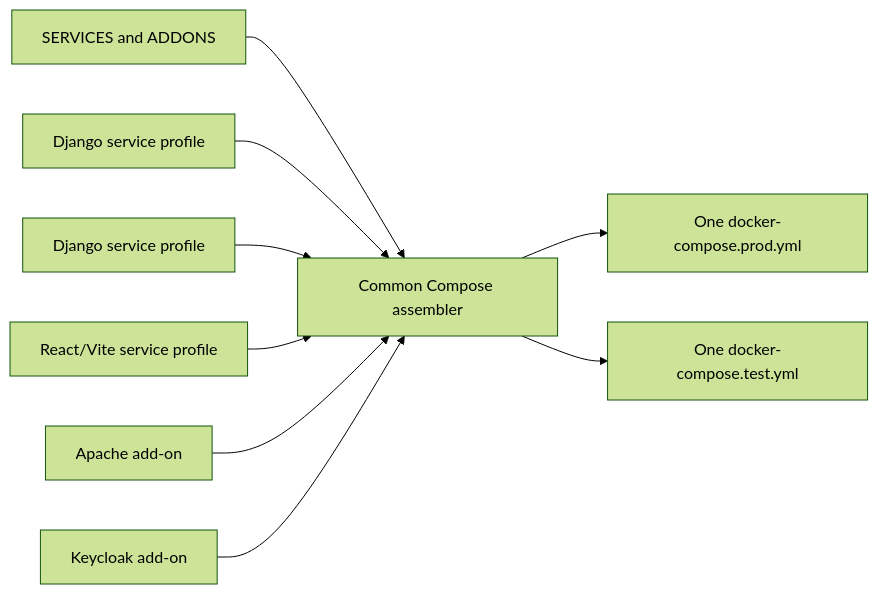
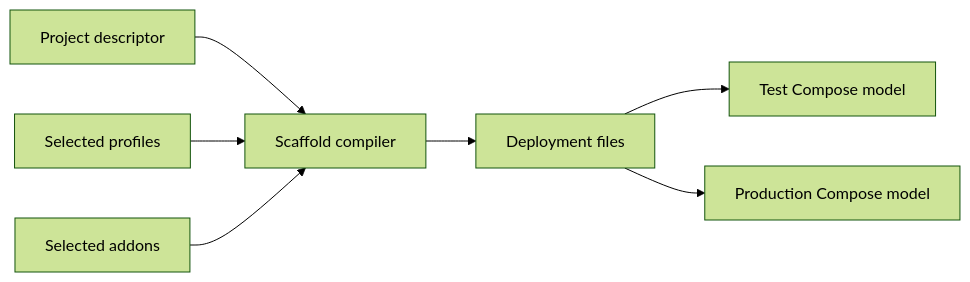
One commit to BU-ISCIII/buisciii-deployment-standards changed the first of 2 diagrams in standards/application-installation-contract.md. Above: the diagram before and after it, drawn with Mermaid (forest theme). The commit also changed other lines of this file and 4 other files, not shown here.

````diff
--- a/standards/application-installation-contract.md
+++ b/standards/application-installation-contract.md
@@ -90,11 +21,9 @@
 ```mermaid
 flowchart LR
-    descriptor[SERVICES and ADDONS] --> assembler[Common Compose assembler]
-    django1[Django service profile] --> assembler
-    django2[Django service profile] --> assembler
-    react[React/Vite service profile] --> assembler
-    apache[Apache add-on] --> assembler
-    keycloak[Keycloak add-on] --> assembler
-    assembler --> prod[One docker-compose.prod.yml]
-    assembler --> test[One docker-compose.test.yml]
+    descriptor[Project descriptor] --> scaffold[Scaffold compiler]
+    profiles[Selected profiles] --> scaffold
+    addons[Selected addons] --> scaffold
+    scaffold --> files[Deployment files]
+    files --> test[Test Compose model]
+    files --> production[Production Compose model]
 ```
````
